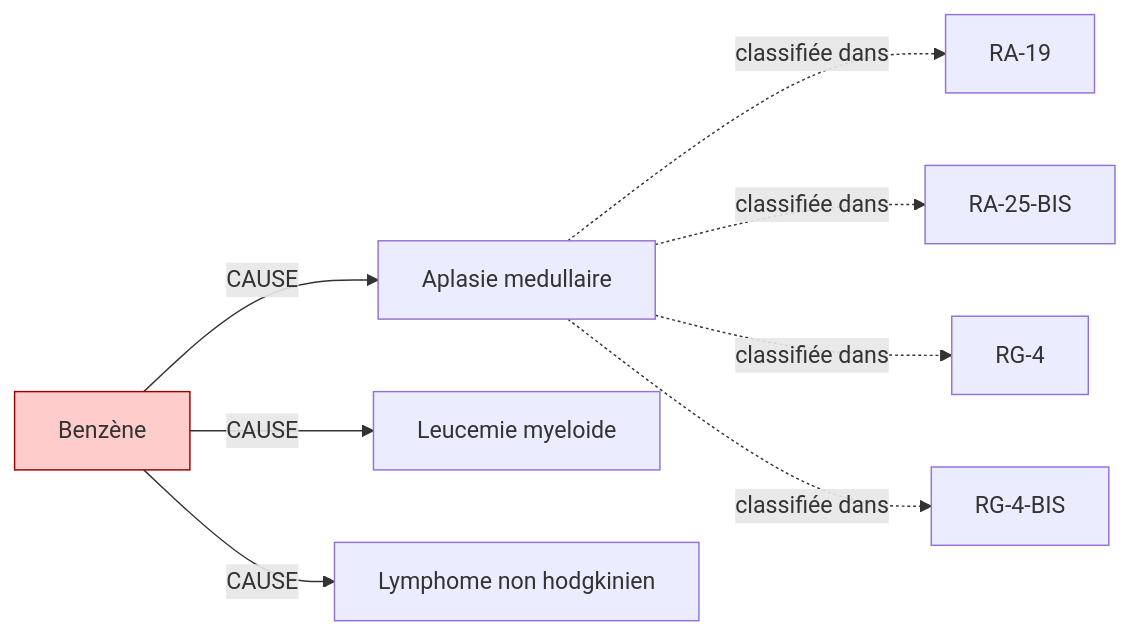
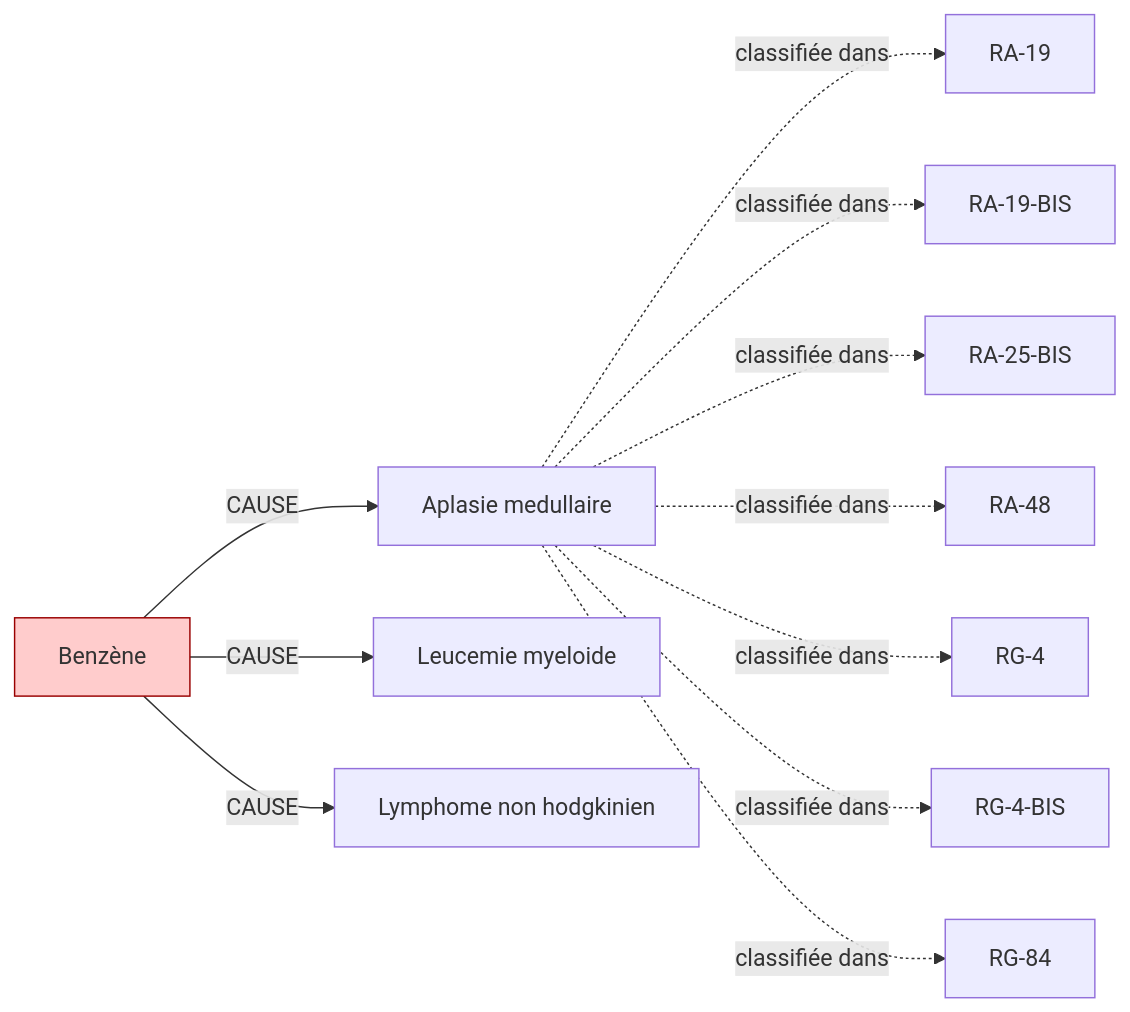
One commit to reddepot/debby-audit-snapshot changed the diagram in kg/exports/fiches/fiche_substance_benzene.md. Above: the diagram before and after it, drawn with Mermaid. The commit also changed other lines of this file and 48 other files, not shown here.

````diff
--- a/kg/exports/fiches/fiche_substance_benzene.md
+++ b/kg/exports/fiches/fiche_substance_benzene.md
@@ -56,22 +66,28 @@
 ```mermaid
 graph LR
     S["Benzène"]
     aplasie_medullaire["Aplasie medullaire"]
     S -->|CAUSE| aplasie_medullaire
     leucemie_myeloide["Leucemie myeloide"]
     S -->|CAUSE| leucemie_myeloide
     lymphome_non_hodgkinien["Lymphome non hodgkinien"]
     S -->|CAUSE| lymphome_non_hodgkinien
     RA_19["RA-19"]
     aplasie_medullaire -.->|classifiée dans| RA_19
+    RA_19_BIS["RA-19-BIS"]
+    aplasie_medullaire -.->|classifiée dans| RA_19_BIS
     RA_25_BIS["RA-25-BIS"]
     aplasie_medullaire -.->|classifiée dans| RA_25_BIS
+    RA_48["RA-48"]
+    aplasie_medullaire -.->|classifiée dans| RA_48
     RG_4["RG-4"]
     aplasie_medullaire -.->|classifiée dans| RG_4
     RG_4_BIS["RG-4-BIS"]
     aplasie_medullaire -.->|classifiée dans| RG_4_BIS
+    RG_84["RG-84"]
+    aplasie_medullaire -.->|classifiée dans| RG_84
     classDef substance fill:#ffcccc,stroke:#990000
     classDef patho fill:#fff2cc,stroke:#cc7700
     classDef tableau fill:#ccebff,stroke:#0066cc
     class S substance
 ```
````
